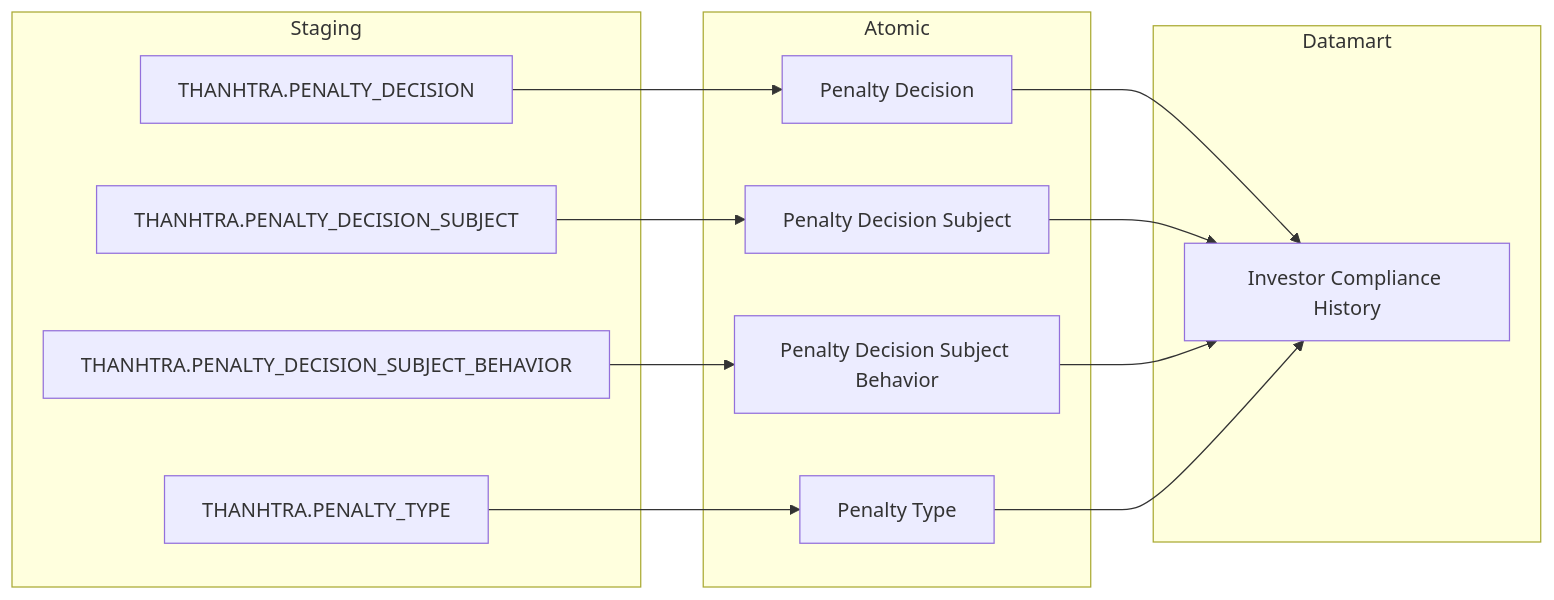
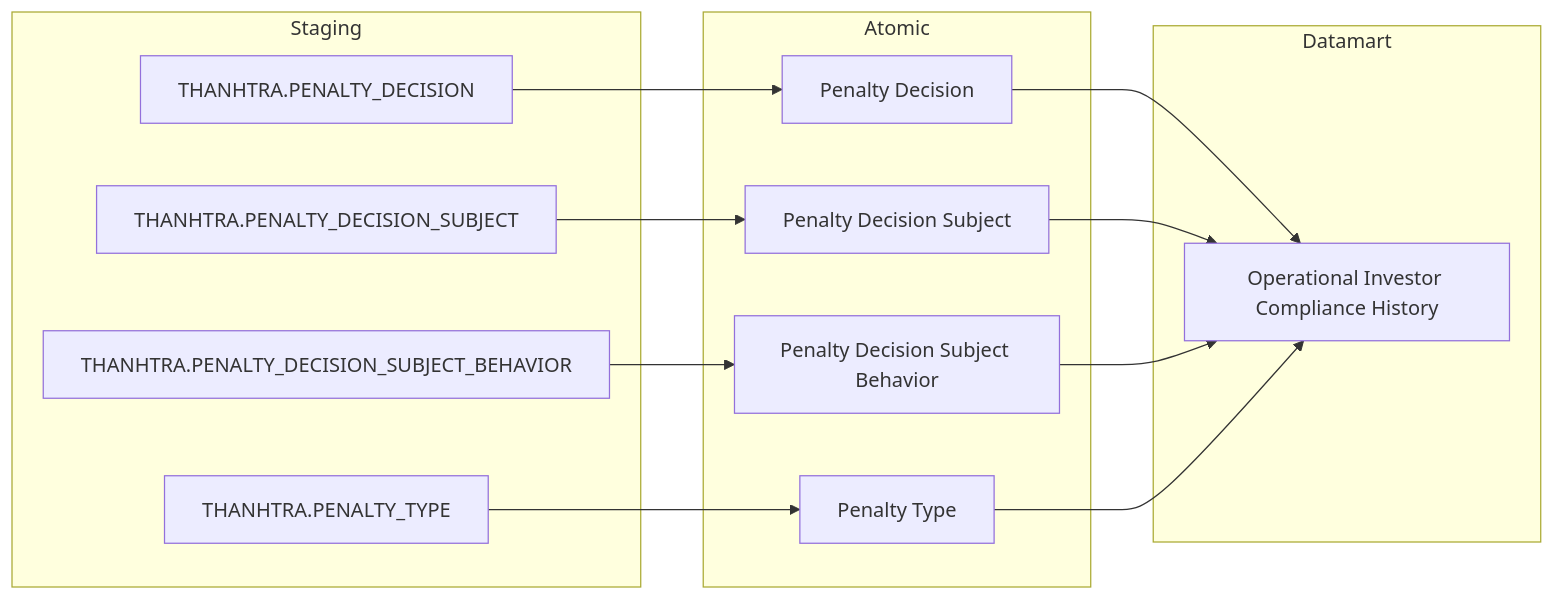
Before and after one commit to linhlvit/ubck_atomic_design: the fifth of 26 diagrams in Datamart/hld/DTM_NDTNN_HLD.md, drawn with Mermaid. The commit also changed other lines of this file and 62 other files, not shown here.

````diff
--- a/Datamart/hld/DTM_NDTNN_HLD.md
+++ b/Datamart/hld/DTM_NDTNN_HLD.md
@@ -139,30 +178,30 @@
 ```mermaid
 flowchart LR
     subgraph SRC["Staging"]
         S1["THANHTRA.PENALTY_DECISION"]
         S2["THANHTRA.PENALTY_DECISION_SUBJECT"]
         S3["THANHTRA.PENALTY_DECISION_SUBJECT_BEHAVIOR"]
         S4["THANHTRA.PENALTY_TYPE"]
     end
 
     subgraph SIL["Atomic"]
         SV1["Penalty Decision"]
         SV2["Penalty Decision Subject"]
         SV3["Penalty Decision Subject Behavior"]
         SV4["Penalty Type"]
     end
 
     subgraph Datamart["Datamart"]
-        G1["Investor Compliance History"]
+        G1["Operational Investor Compliance History"]
     end
 
     S1 --> SV1
     S2 --> SV2
     S3 --> SV3
     S4 --> SV4
 
     SV1 --> G1
     SV2 --> G1
     SV3 --> G1
     SV4 --> G1
 ```
````
